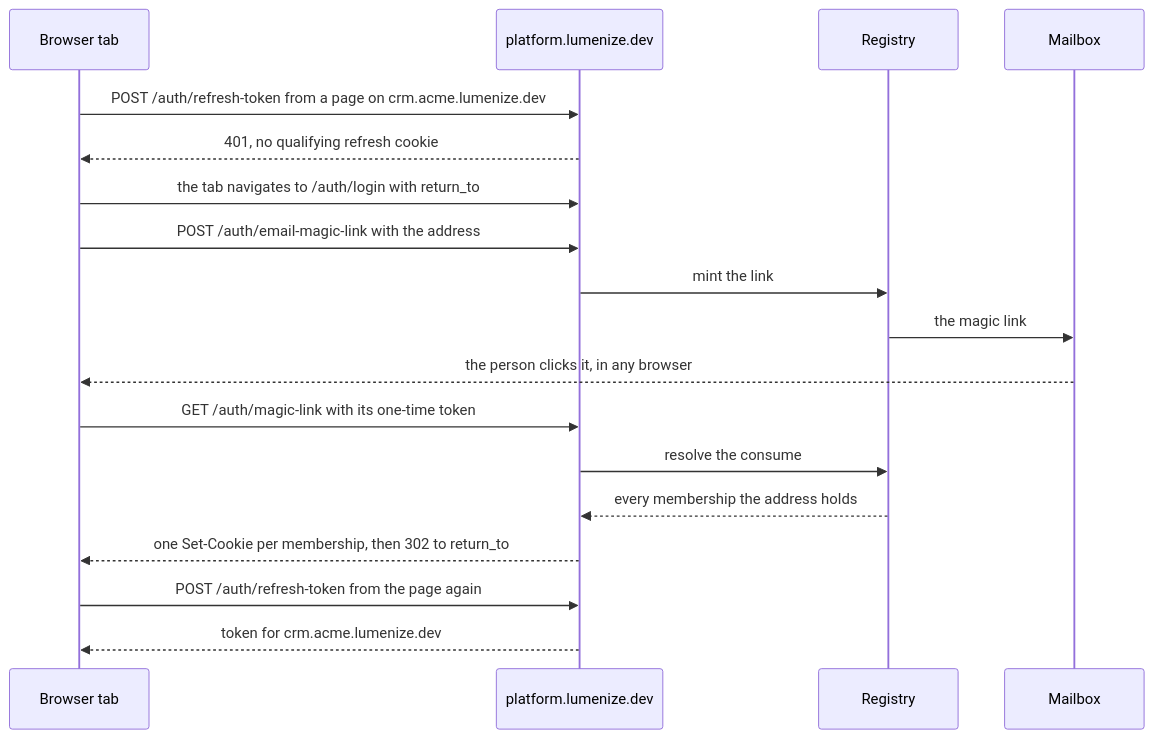
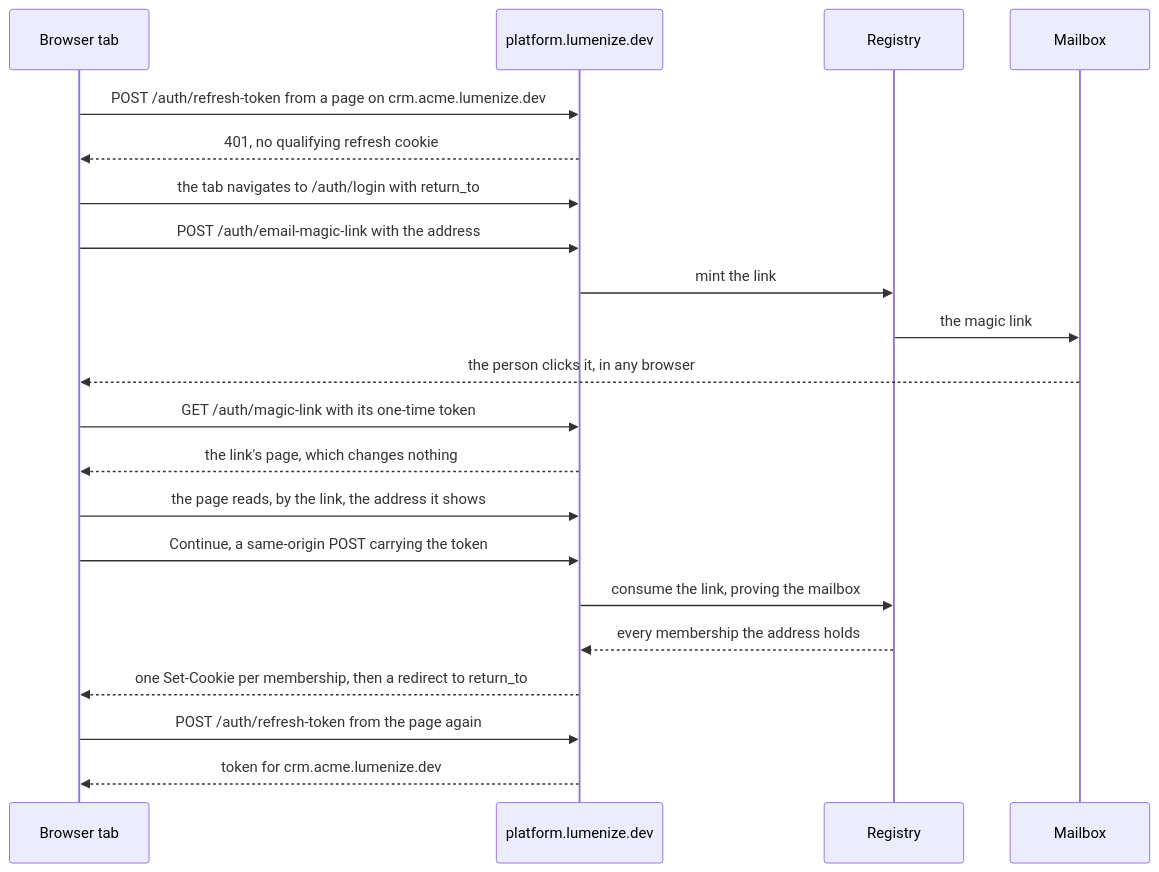
One commit to lumenize/lumenize changed the second of 3 diagrams in tasks/nebula-scope-moves-to-subdomain.md. Above: the diagram before and after it, drawn with Mermaid. The commit also changed other lines of this file and 1 other file, not shown here.

````diff
--- a/tasks/nebula-scope-moves-to-subdomain.md
+++ b/tasks/nebula-scope-moves-to-subdomain.md
@@ -185,20 +186,23 @@
 ```mermaid
 sequenceDiagram
     participant B as Browser tab
     participant PH as platform.lumenize.dev
     participant R as Registry
     participant M as Mailbox
     B->>PH: POST /auth/refresh-token from a page on crm.acme.lumenize.dev
     PH-->>B: 401, no qualifying refresh cookie
     B->>PH: the tab navigates to /auth/login with return_to
     B->>PH: POST /auth/email-magic-link with the address
     PH->>R: mint the link
     R->>M: the magic link
     M-->>B: the person clicks it, in any browser
     B->>PH: GET /auth/magic-link with its one-time token
-    PH->>R: resolve the consume
+    PH-->>B: the link's page, which changes nothing
+    B->>PH: the page reads, by the link, the address it shows
+    B->>PH: Continue, a same-origin POST carrying the token
+    PH->>R: consume the link, proving the mailbox
     R-->>PH: every membership the address holds
-    PH-->>B: one Set-Cookie per membership, then 302 to return_to
+    PH-->>B: one Set-Cookie per membership, then a redirect to return_to
     B->>PH: POST /auth/refresh-token from the page again
     PH-->>B: token for crm.acme.lumenize.dev
 ```
````
